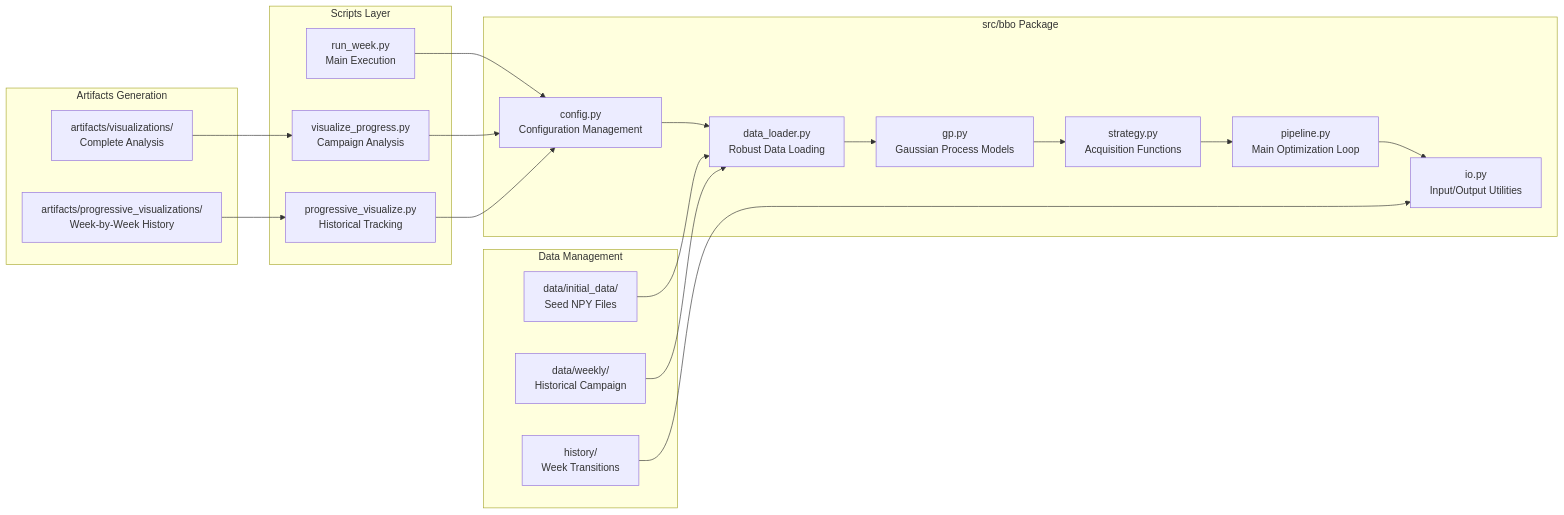
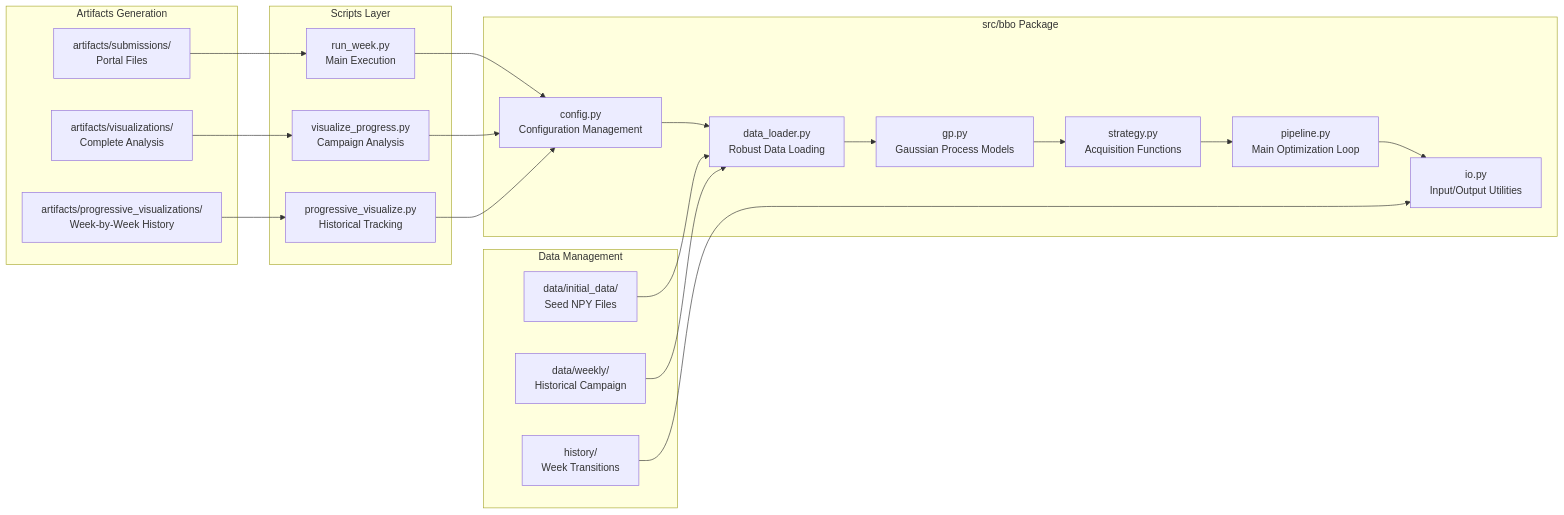
One commit to prasangasam/ml-ai-capstone-project changed the third of 5 diagrams in docs/architecture.md. Above: the diagram before and after it, drawn with Mermaid. The commit also changed other lines of this file and 7 other files, not shown here.

````diff
--- a/docs/architecture.md
+++ b/docs/architecture.md
@@ -78,27 +81,28 @@
 ```mermaid
 graph LR
     subgraph "src/bbo Package"
         A[config.py<br/>Configuration Management] --> B[data_loader.py<br/>Robust Data Loading]
         B --> C[gp.py<br/>Gaussian Process Models]
         C --> D[strategy.py<br/>Acquisition Functions]
         D --> E[pipeline.py<br/>Main Optimization Loop]
         E --> F[io.py<br/>Input/Output Utilities]
     end
     
     subgraph "Scripts Layer"
         G[run_week.py<br/>Main Execution] --> A
         H[visualize_progress.py<br/>Campaign Analysis] --> A
         I[progressive_visualize.py<br/>Historical Tracking] --> A
     end
     
     subgraph "Data Management"
         J[data/initial_data/<br/>Seed NPY Files] --> B
         K[data/weekly/<br/>Historical Campaign] --> B
         L[history/<br/>Week Transitions] --> F
     end
     
     subgraph "Artifacts Generation"
         M[artifacts/visualizations/<br/>Complete Analysis] --> H
         N[artifacts/progressive_visualizations/<br/>Week-by-Week History] --> I
+        O[artifacts/submissions/<br/>Portal Files] --> G
     end
 ```
````
